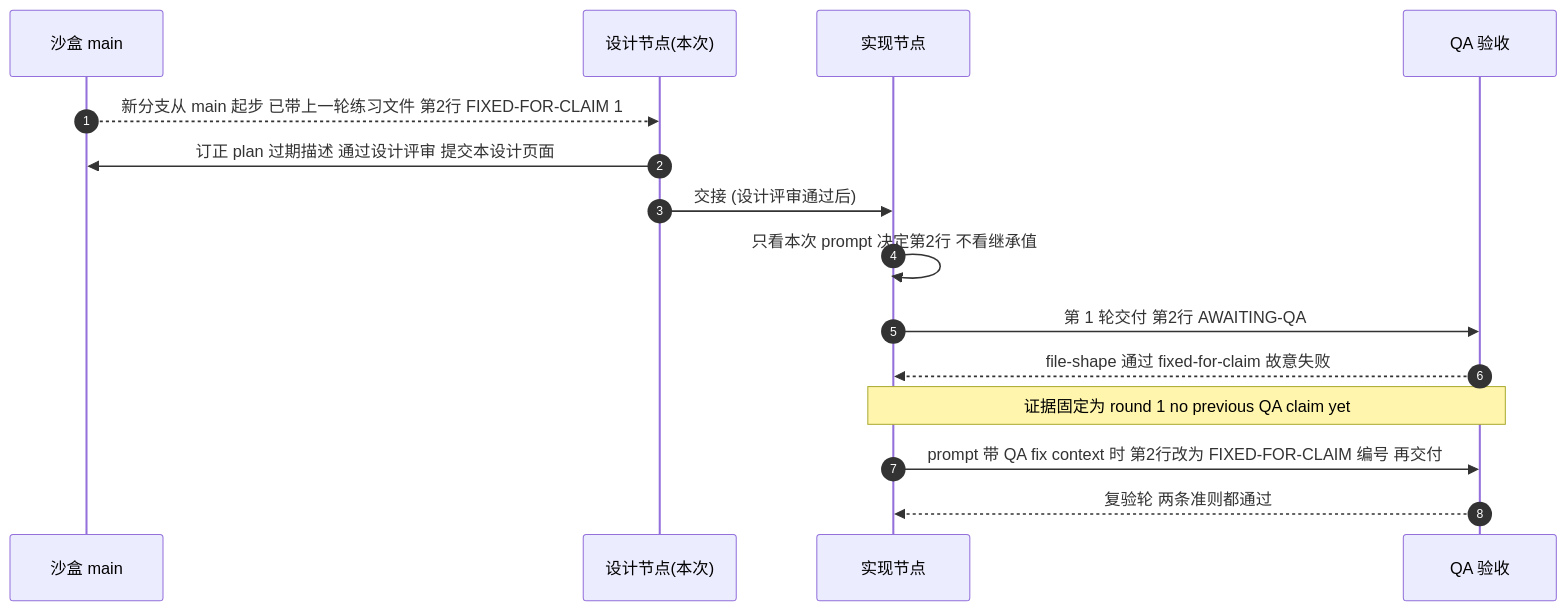
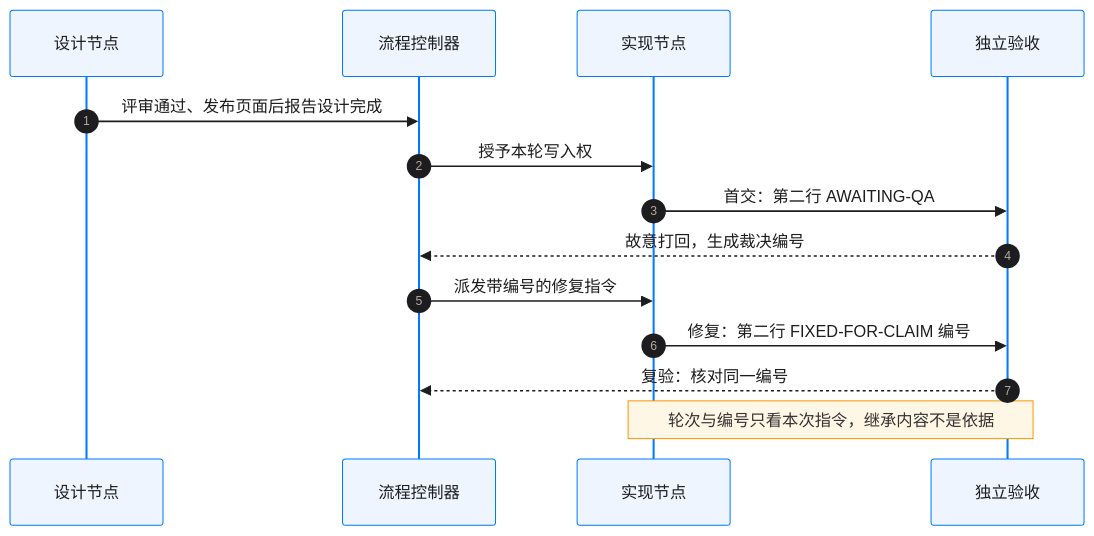
The diagram in engineering/doc/FLY-3225-real-runner-drill/design-d1.mmd (xrliAnnie/flywheel-qa-sandbox), drawn with Mermaid before and after one commit. The commit also changed 3 other files, not shown here.

```diff
--- a/engineering/doc/FLY-3225-real-runner-drill/design-d1.mmd
+++ b/engineering/doc/FLY-3225-real-runner-drill/design-d1.mmd
@@ -1,15 +1,15 @@
+%%{init: {"theme":"base","themeVariables":{"fontFamily":"PingFang SC, sans-serif","primaryColor":"#f5f5f7","primaryTextColor":"#1d1d1f","primaryBorderColor":"#86868b","lineColor":"#4b5563","actorBkg":"#eef5ff","actorBorder":"#007aff","actorTextColor":"#1d1d1f","noteBkgColor":"#fff7e6","noteBorderColor":"#ff9500"}}}%%
 sequenceDiagram
     autonumber
-    participant M as 沙盒 main
-    participant D as 设计节点(本次)
+    participant D as 设计节点
+    participant C as 流程控制器
     participant I as 实现节点
-    participant Q as QA 验收
-    M-->>D: 新分支从 main 起步 已带上一轮练习文件 第2行 FIXED-FOR-CLAIM 1
-    D->>M: 订正 plan 过期描述 通过设计评审 提交本设计页面
-    D->>I: 交接 (设计评审通过后)
-    I->>I: 只看本次 prompt 决定第2行 不看继承值
-    I->>Q: 第 1 轮交付 第2行 AWAITING-QA
-    Q-->>I: file-shape 通过 fixed-for-claim 故意失败
-    Note over Q,I: 证据固定为 round 1 no previous QA claim yet
-    I->>Q: prompt 带 QA fix context 时 第2行改为 FIXED-FOR-CLAIM 编号 再交付
-    Q-->>I: 复验轮 两条准则都通过
+    participant Q as 独立验收
+    D->>C: 评审通过、发布页面后报告设计完成
+    C->>I: 授予本轮写入权
+    I->>Q: 首交：第二行 AWAITING-QA
+    Q-->>C: 故意打回，生成裁决编号
+    C->>I: 派发带编号的修复指令
+    I->>Q: 修复：第二行 FIXED-FOR-CLAIM 编号
+    Q-->>C: 复验：核对同一编号
+    Note over I,Q: 轮次与编号只看本次指令，继承内容不是依据
```
